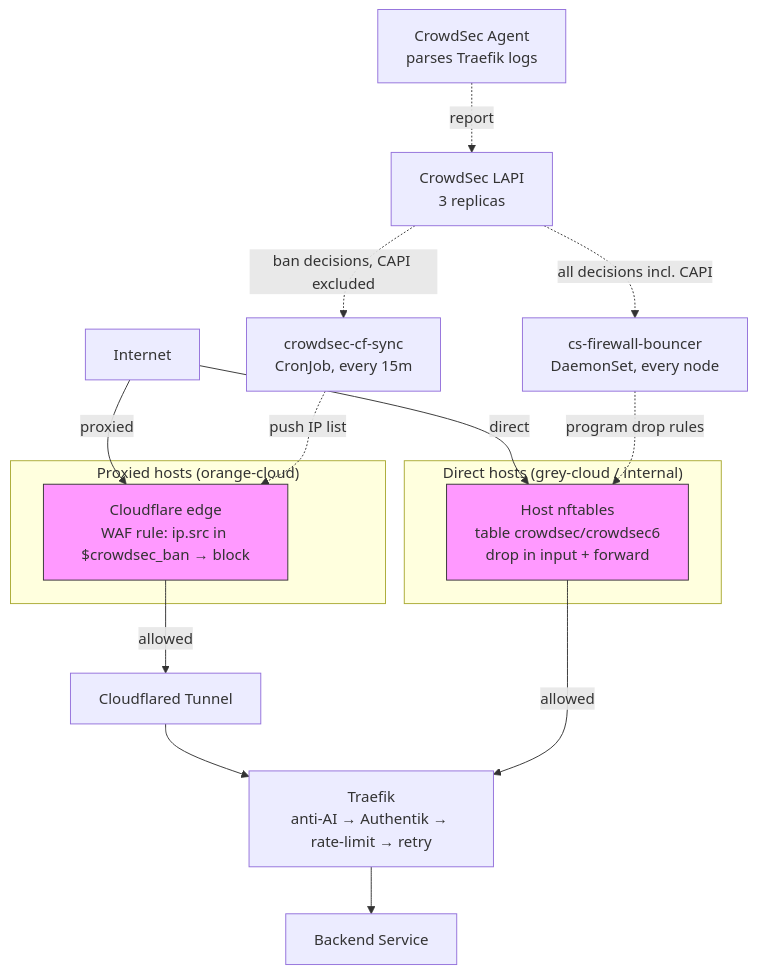
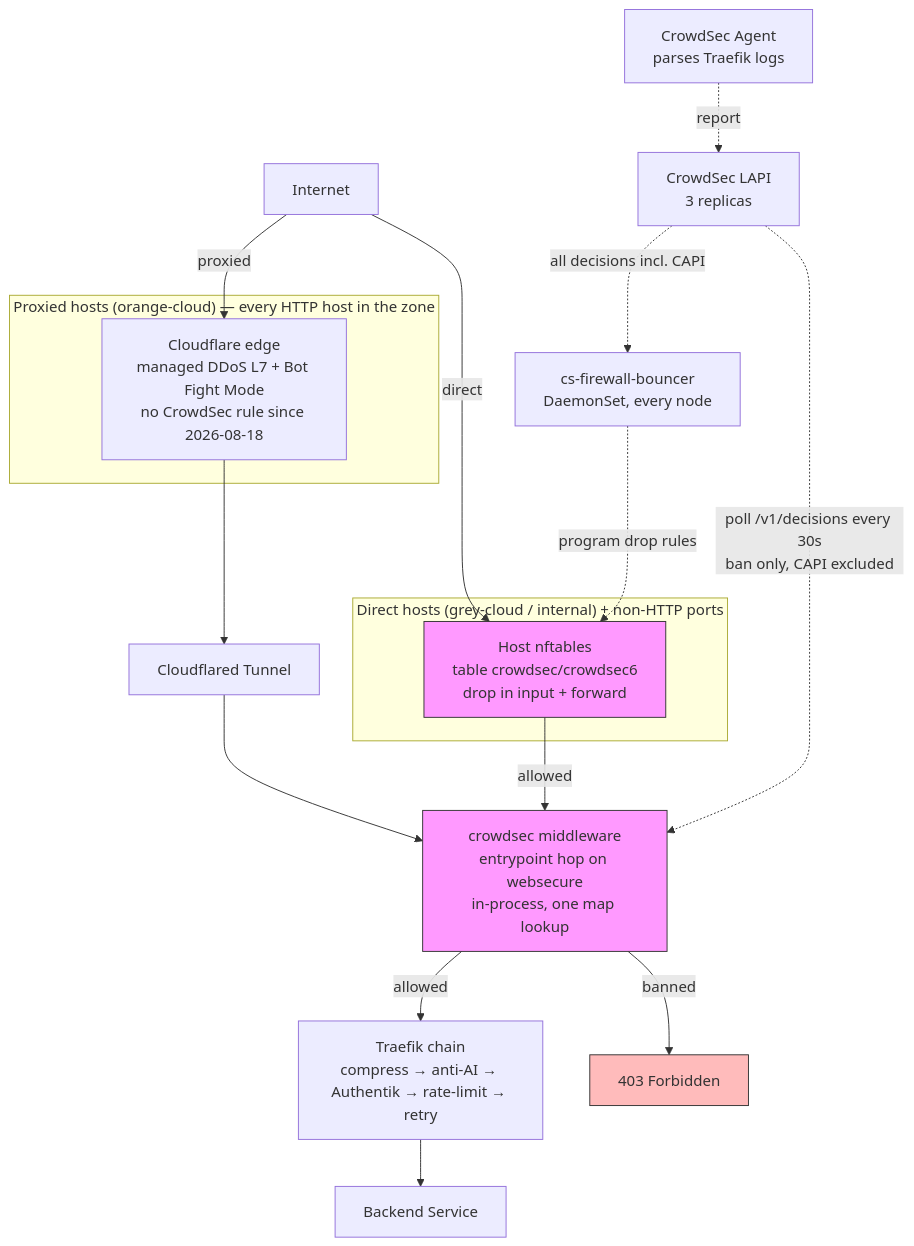
One commit to ViktorBarzin/infra changed the diagram in docs/architecture/security.md. Above: the diagram before and after it, drawn with Mermaid. The commit also changed other lines of this file and 5 other files, not shown here.

First line of the commit message:
docs: CrowdSec enforces in Traefik now, not out-of-band

````diff
--- a/docs/architecture/security.md
+++ b/docs/architecture/security.md
@@ -14,36 +20,38 @@
 ```mermaid
 graph TB
     Internet[Internet]
 
-    subgraph "Proxied hosts (orange-cloud)"
-        CFedge[Cloudflare edge<br/>WAF rule: ip.src in $crowdsec_ban → block]
+    subgraph "Proxied hosts (orange-cloud) — every HTTP host in the zone"
+        CFedge[Cloudflare edge<br/>managed DDoS L7 + Bot Fight Mode<br/>no CrowdSec rule since 2026-08-18]
     end
-    subgraph "Direct hosts (grey-cloud / internal)"
+    subgraph "Direct hosts (grey-cloud / internal) + non-HTTP ports"
         NFT[Host nftables<br/>table crowdsec/crowdsec6<br/>drop in input + forward]
     end
 
     Tunnel[Cloudflared Tunnel]
-    Traefik[Traefik<br/>anti-AI → Authentik → rate-limit → retry]
+    Bouncer[crowdsec middleware<br/>entrypoint hop on websecure<br/>in-process, one map lookup]
+    Traefik[Traefik chain<br/>compress → anti-AI → Authentik → rate-limit → retry]
     Backend[Backend Service]
 
     LAPI[CrowdSec LAPI<br/>3 replicas]
     Agent[CrowdSec Agent<br/>parses Traefik logs]
     FWB[cs-firewall-bouncer<br/>DaemonSet, every node]
-    CFsync[crowdsec-cf-sync<br/>CronJob, every 15m]
 
     Internet -->|proxied| CFedge
     Internet -->|direct| NFT
-    CFedge -->|allowed| Tunnel
-    Tunnel --> Traefik
-    NFT -->|allowed| Traefik
+    CFedge --> Tunnel
+    Tunnel --> Bouncer
+    NFT -->|allowed| Bouncer
+    Bouncer -->|allowed| Traefik
+    Bouncer -->|banned| Deny[403 Forbidden]
     Traefik --> Backend
 
     Agent -.->|report| LAPI
     LAPI -.->|all decisions incl. CAPI| FWB
     FWB -.->|program drop rules| NFT
-    LAPI -.->|ban decisions, CAPI excluded| CFsync
-    CFsync -.->|push IP list| CFedge
+    LAPI -.->|poll /v1/decisions every 30s<br/>ban only, CAPI excluded| Bouncer
 
-    style CFedge fill:#f9f,stroke:#333
+    style Bouncer fill:#f9f,stroke:#333
     style NFT fill:#f9f,stroke:#333
+    style Deny fill:#fbb,stroke:#333
 ```
````
